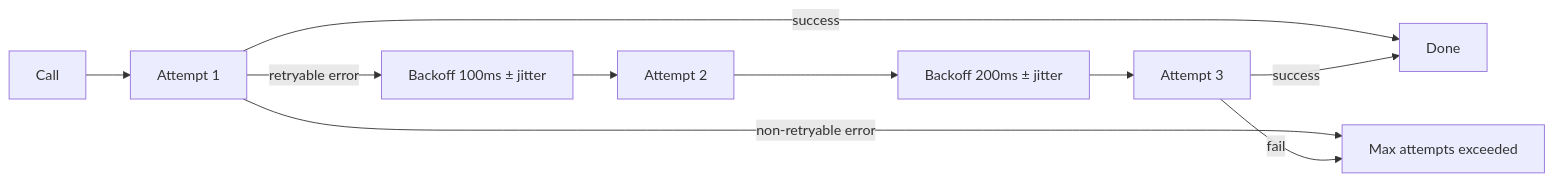
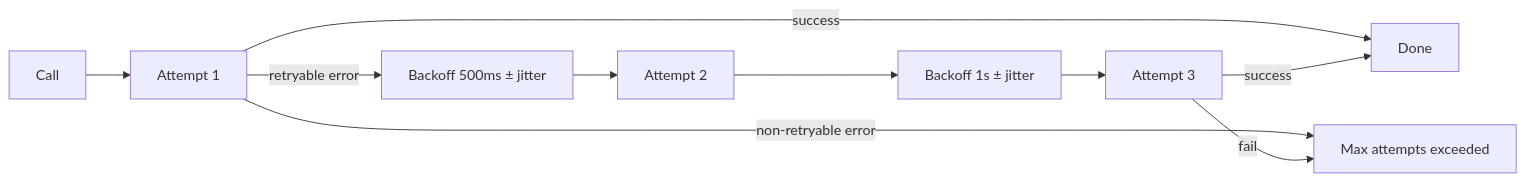
Before and after one commit to lookatitude/beluga-ai: the first of 4 diagrams in docs/architecture/15-resilience.md, drawn with Mermaid. The commit also changed other lines of this file and 109 other files, not shown here.

````diff
--- a/docs/architecture/15-resilience.md
+++ b/docs/architecture/15-resilience.md
@@ -13,12 +13,12 @@
 ```mermaid
 graph LR
   C[Call] --> A1[Attempt 1]
   A1 -->|success| Done
   A1 -->|non-retryable error| Fail
-  A1 -->|retryable error| Wait1[Backoff 100ms ± jitter]
+  A1 -->|retryable error| Wait1[Backoff 500ms ± jitter]
   Wait1 --> A2[Attempt 2]
-  A2 --> Wait2[Backoff 200ms ± jitter]
+  A2 --> Wait2[Backoff 1s ± jitter]
   Wait2 --> A3[Attempt 3]
   A3 -->|success| Done
   A3 -->|fail| Fail[Max attempts exceeded]
 ```
````
